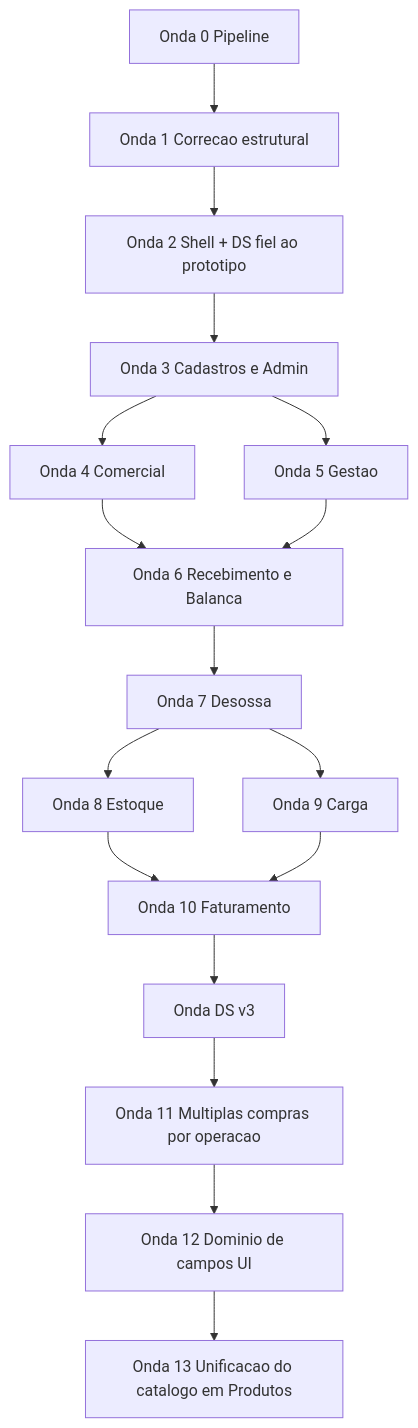
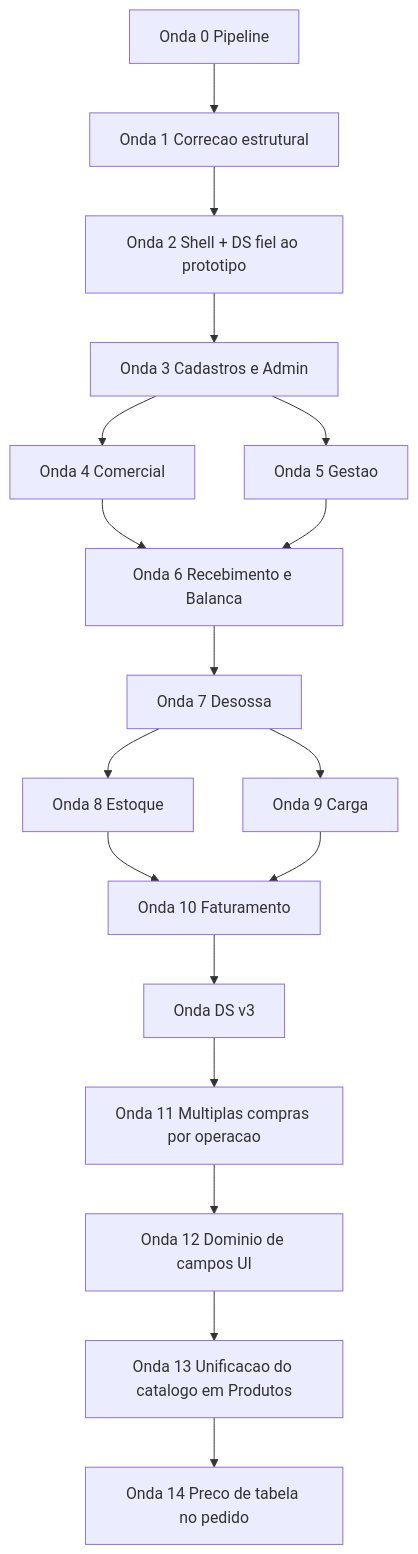
Before and after one commit to sammuka/alpha-carnes: the second of 2 diagrams in docs/governance/roadmap-canonico.md, drawn with Mermaid. The commit also changed other lines of this file and 2 other files, not shown here.

Commit message:
docs(onda14): registra Onda 14 no roadmap, matriz e quality-gates

````diff
--- a/docs/governance/roadmap-canonico.md
+++ b/docs/governance/roadmap-canonico.md
@@ -149,19 +150,20 @@
 ```mermaid
 flowchart TD
     O0["Onda 0 Pipeline"] --> O1["Onda 1 Correcao estrutural"]
     O1 --> O2["Onda 2 Shell + DS fiel ao prototipo"]
     O2 --> O3["Onda 3 Cadastros e Admin"]
     O3 --> O4["Onda 4 Comercial"]
     O3 --> O5["Onda 5 Gestao"]
     O4 --> O6["Onda 6 Recebimento e Balanca"]
     O5 --> O6
     O6 --> O7["Onda 7 Desossa"]
     O7 --> O8["Onda 8 Estoque"]
     O7 --> O9["Onda 9 Carga"]
     O8 --> O10["Onda 10 Faturamento"]
     O9 --> O10
     O10 --> DSv3["Onda DS v3"]
     DSv3 --> O11["Onda 11 Multiplas compras por operacao"]
     O11 --> O12["Onda 12 Dominio de campos UI"]
     O12 --> O13["Onda 13 Unificacao do catalogo em Produtos"]
+    O13 --> O14["Onda 14 Preco de tabela no pedido"]
 ```
````
